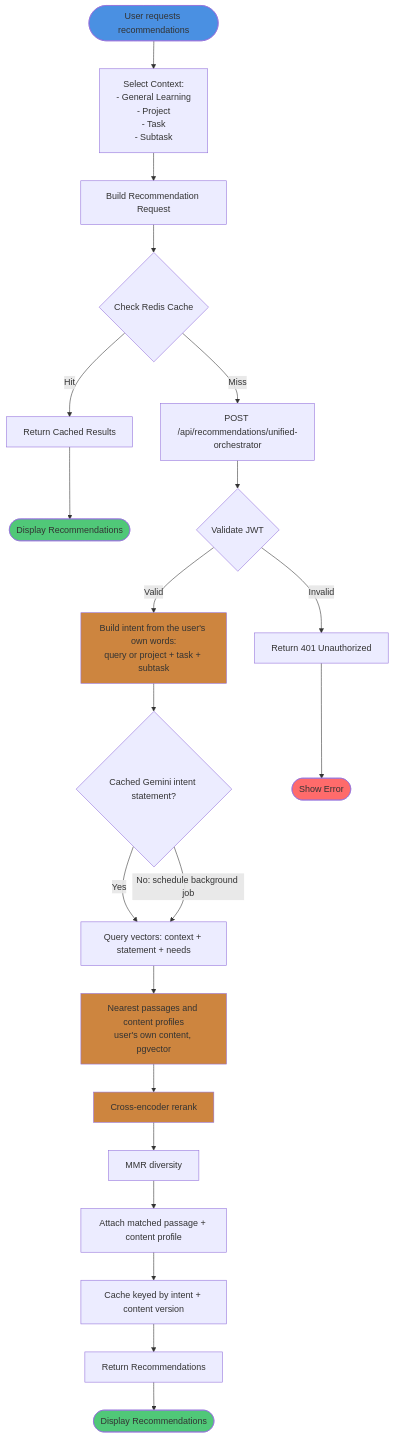
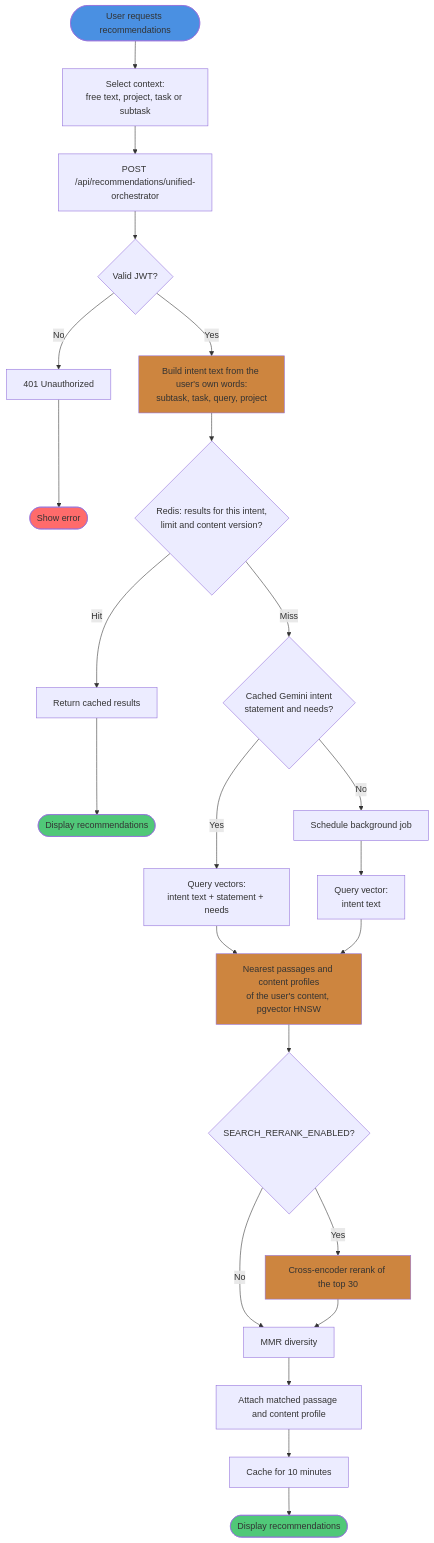
Before and after one commit to Ujjwaljain16/Fuze: the sixth of 12 diagrams in docs/USERFLOW.md, drawn with Mermaid. The commit also changed other lines of this file and 12 other files, not shown here.

Commit message:
docs: rewrite architecture, optimizations and user flows to match the code; replace the finished intent-engine plan with a recommendations guide and one decision record

````diff
--- a/docs/USERFLOW.md
+++ b/docs/USERFLOW.md
@@ -293,36 +294,34 @@
 ```mermaid
 flowchart TD
-    Start([User requests recommendations]) --> SelectContext[Select Context:<br/>- General Learning<br/>- Project<br/>- Task<br/>- Subtask]
-    
-    SelectContext --> BuildRequest[Build Recommendation Request]
-    BuildRequest --> CheckCache{Check Redis Cache}
-    
-    CheckCache -->|Hit| ReturnCached[Return Cached Results]
-    ReturnCached --> End1([Display Recommendations])
-    
-    CheckCache -->|Miss| POSTRequest[POST /api/recommendations/unified-orchestrator]
-    POSTRequest --> ValidateAuth{Validate JWT}
-    ValidateAuth -->|Invalid| Error1[Return 401 Unauthorized]
-    
-    ValidateAuth -->|Valid| BuildIntent[Build intent from the user's own words:<br/>query or project + task + subtask]
-    BuildIntent --> Stmt{Cached Gemini intent statement?}
-    Stmt -->|Yes| Vectors[Query vectors: context + statement + needs]
-    Stmt -->|No: schedule background job| Vectors
-    Vectors --> Retrieve[Nearest passages and content profiles<br/>user's own content, pgvector]
-    Retrieve --> Rerank[Cross-encoder rerank]
-    Rerank --> CalculateScores[MMR diversity]
-    CalculateScores --> FormatResults[Attach matched passage + content profile]
-    FormatResults --> CacheResults[Cache keyed by intent + content version]
-    CacheResults --> ReturnResults[Return Recommendations]
-    ReturnResults --> End2([Display Recommendations])
-    
-    Error1 --> End3([Show Error])
-    
+    Start([User requests recommendations]) --> SelectContext[Select context:<br/>free text, project, task or subtask]
+    SelectContext --> POSTRequest[POST /api/recommendations/unified-orchestrator]
+    POSTRequest --> ValidateAuth{Valid JWT?}
+    ValidateAuth -->|No| Error1[401 Unauthorized]
+    Error1 --> End3([Show error])
+
+    ValidateAuth -->|Yes| BuildIntent[Build intent text from the user's own words:<br/>subtask, task, query, project]
+    BuildIntent --> CheckCache{Redis: results for this intent,<br/>limit and content version?}
+    CheckCache -->|Hit| ReturnCached[Return cached results]
+    ReturnCached --> End1([Display recommendations])
+
+    CheckCache -->|Miss| Stmt{Cached Gemini intent<br/>statement and needs?}
+    Stmt -->|Yes| Vectors[Query vectors:<br/>intent text + statement + needs]
+    Stmt -->|No| Schedule[Schedule background job] --> Vectors2[Query vector:<br/>intent text]
+    Vectors --> Retrieve
+    Vectors2 --> Retrieve[Nearest passages and content profiles<br/>of the user's content, pgvector HNSW]
+    Retrieve --> Rerank{SEARCH_RERANK_ENABLED?}
+    Rerank -->|Yes| CrossEnc[Cross-encoder rerank of the top 30]
+    Rerank -->|No| MMR
+    CrossEnc --> MMR[MMR diversity]
+    MMR --> FormatResults[Attach matched passage and content profile]
+    FormatResults --> CacheResults[Cache for 10 minutes]
+    CacheResults --> End2([Display recommendations])
+
     style Start fill:#4a90e2
     style End1 fill:#50c878
     style End2 fill:#50c878
     style End3 fill:#ff6b6b
     style BuildIntent fill:#cd853f
     style Retrieve fill:#cd853f
-    style Rerank fill:#cd853f
+    style CrossEnc fill:#cd853f
 ```
````
